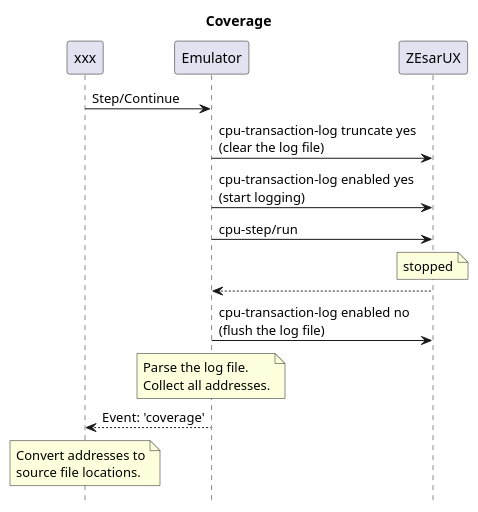
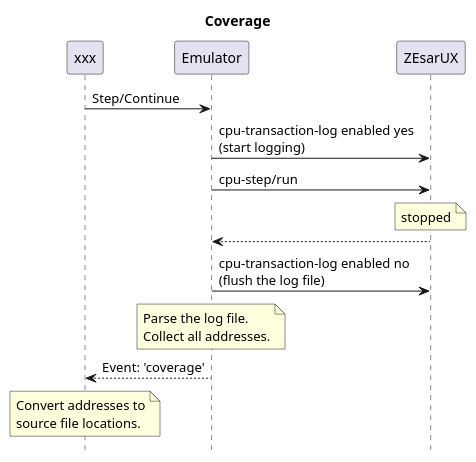
The ninth of 9 diagrams in design/design.md (maziac/DeZog), drawn with PlantUML before and after one commit. The commit also changed 3 other files, not shown here.

````diff
--- a/design/design.md
+++ b/design/design.md
@@ -460,14 +460,13 @@
 ```puml
 hide footbox
 title Coverage
 xxx -> Emulator: Step/Continue
-Emulator -> ZEsarUX: cpu-transaction-log truncate yes\n(clear the log file)
 Emulator -> ZEsarUX: cpu-transaction-log enabled yes\n(start logging)
 Emulator -> ZEsarUX: cpu-step/run
 note over ZEsarUX: stopped
 Emulator <-- ZEsarUX:
 Emulator -> ZEsarUX: cpu-transaction-log enabled no\n(flush the log file)
 note over Emulator: Parse the log file.\nCollect all addresses.
 xxx <-- Emulator: Event: 'coverage'
 note over xxx: Convert addresses to\nsource file locations.
 ```
````
